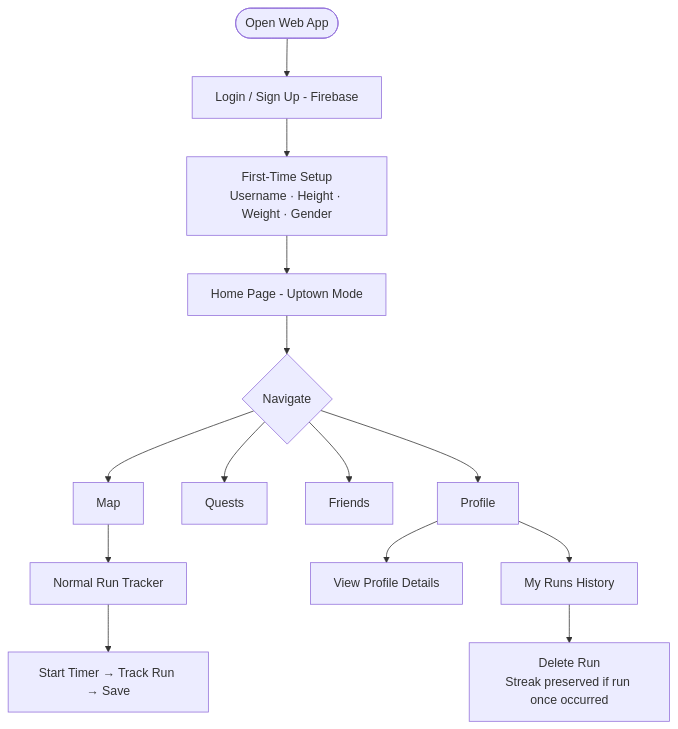
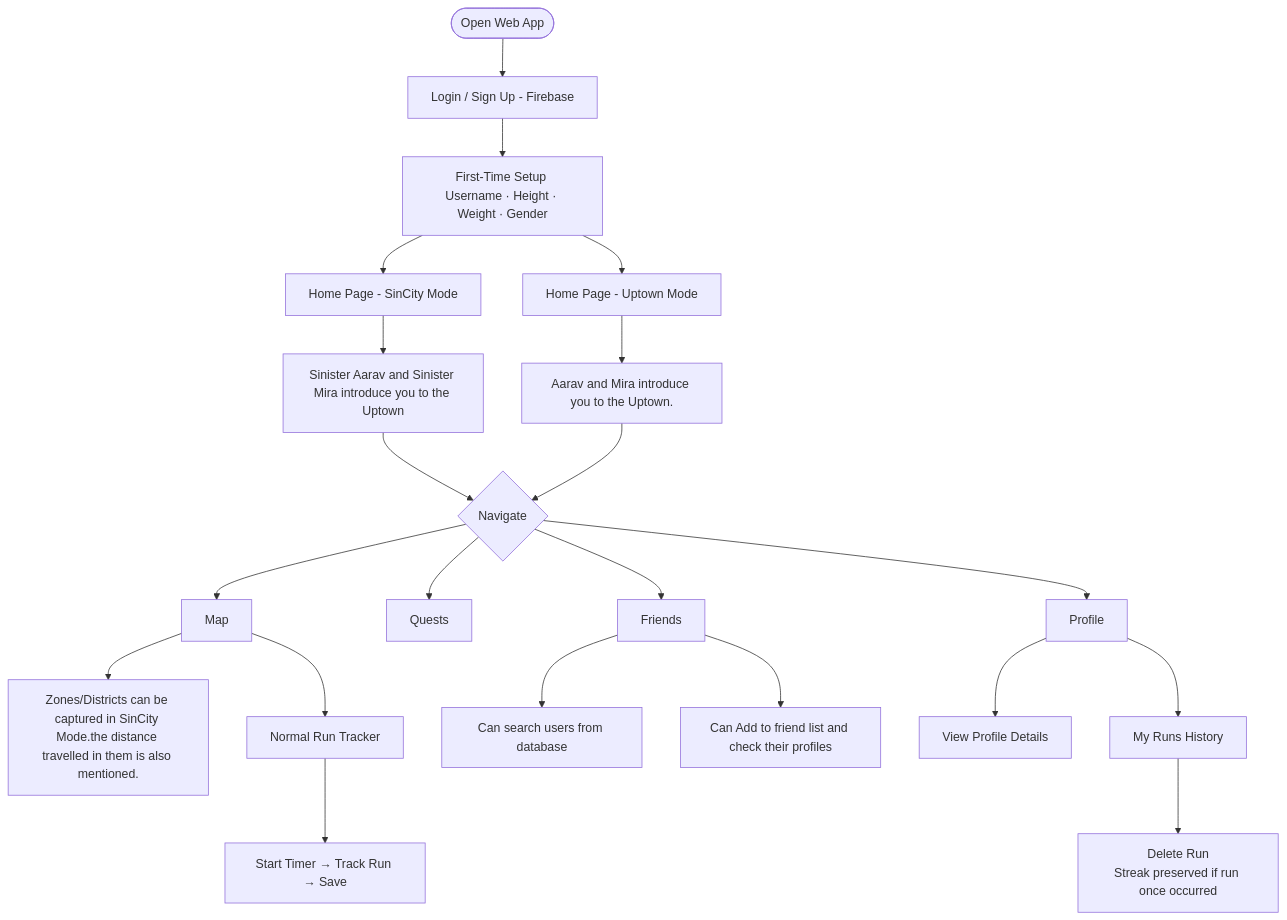
The second of 3 diagrams in README.md (manvik0730v/hacknite), drawn with Mermaid before and after one commit. The commit also changed other lines of this file, not shown here.

````diff
--- a/README.md
+++ b/README.md
@@ -101,19 +100,25 @@
 ```mermaid
 flowchart TD
     A([Open Web App]) --> C[Login / Sign Up - Firebase]
-    C --> E[First-Time Setup\nUsername · Height · Weight · Gender]
+    C --> E[First-Time Setup Username · Height · Weight · Gender]
     E --> F[Home Page - Uptown Mode]
-
-    F --> G{Navigate}
+    E --> Z[Home Page - SinCity Mode]
+    F --> Y[Aarav and Mira introduce you to the Uptown.]
+    Z --> X[Sinister Aarav and Sinister Mira introduce you to the Uptown]
+    X --> G{Navigate}
+    Y --> G{Navigate}
     G --> H[Map]
     G --> I[Quests]
     G --> J[Friends]
     G --> K[Profile]
-
+    H --> M[Zones/Districts can be captured in SinCity Mode.the distance travelled in them is also mentioned.
+   ]
     H --> N[Normal Run Tracker]
     N --> O[Start Timer → Track Run → Save]
+    J --> B[Can search users from database]
+    J --> L[Can Add to friend list and check their profiles]
 
     K --> T[View Profile Details]
     K --> U[My Runs History]
     U --> V[Delete Run\nStreak preserved if run once occurred]
 ```
````
